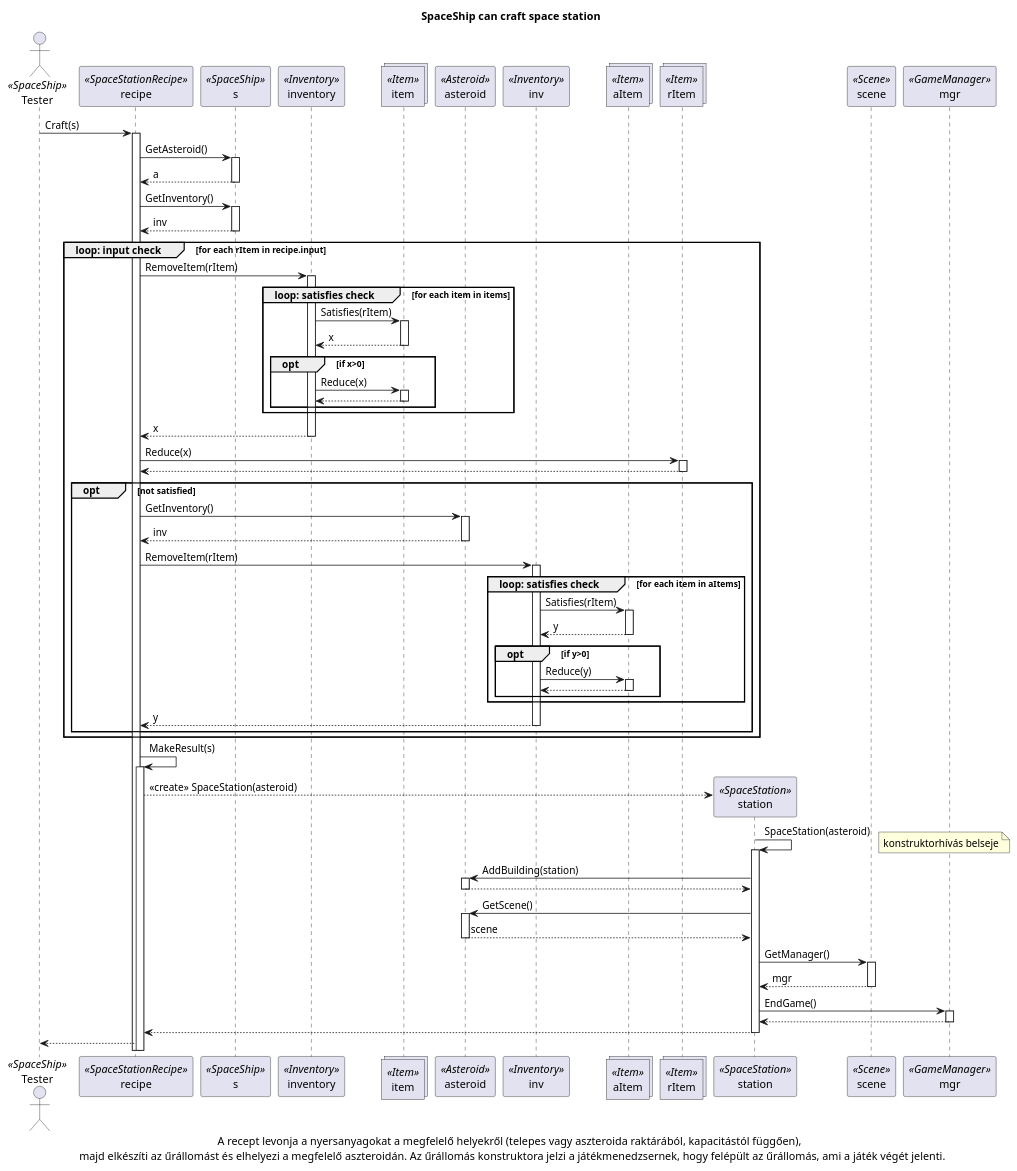
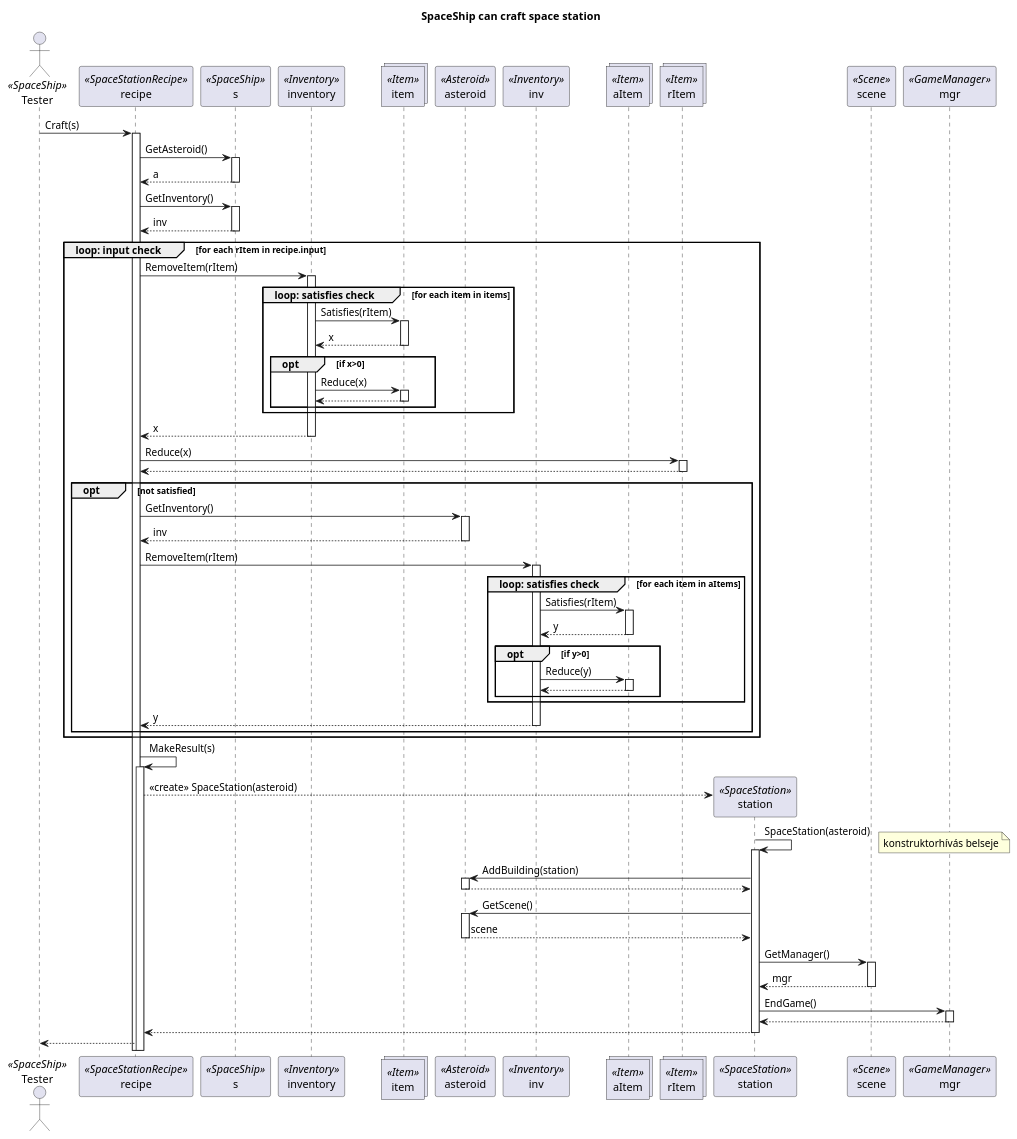
Before and after one commit to viseguard-studios/Documentation: the diagram in docs/Skeleton/diagrams/Craft_space_station/sequence/3.Craft_station.puml, drawn with PlantUML. The commit also changed 14 other files, not shown here.

Commit message:
update uml

```diff
--- a/docs/Skeleton/diagrams/Craft_space_station/sequence/3.Craft_station.puml
+++ b/docs/Skeleton/diagrams/Craft_space_station/sequence/3.Craft_station.puml
@@ -1,90 +1,89 @@
 @startuml
 actor Tester as Tester<<SpaceShip>>
 participant recipe as recipe <<SpaceStationRecipe>>
 participant s as s <<SpaceShip>>
 participant inventory as inventory <<Inventory>>
 collections item as item <<Item>>
 participant asteroid as asteroid <<Asteroid>>
 participant inv as inv <<Inventory>>
 collections aItem as aItem <<Item>>
 collections rItem as rItem <<Item>>
 participant station as station <<SpaceStation>>
 participant scene as scene <<Scene>>
 participant mgr as mgr <<GameManager>>
 
 
 title SpaceShip can craft space station
 
 Tester-> recipe++: Craft(s)
 
 recipe -> s++: GetAsteroid()
 s --> recipe--: a
 
 recipe -> s++: GetInventory()
 s --> recipe--: inv
 
 group loop: input check[for each rItem in recipe.input]
 
     recipe -> inventory++: RemoveItem(rItem)
 
     group loop: satisfies check [for each item in items] 
          inventory -> item++: Satisfies(rItem)
          item --> inventory--: x
         group opt [if x>0]
             inventory -> item++: Reduce(x)
             item --> inventory--:
         end
     end
 
     inventory-->recipe--: x
 
     recipe -> rItem++: Reduce(x)
     rItem --> recipe--: 
 
     group opt [not satisfied]
         recipe -> asteroid++: GetInventory()
         asteroid --> recipe--: inv
 
         recipe -> inv++: RemoveItem(rItem)
 
             group loop: satisfies check [for each item in aItems] 
                  inv -> aItem++: Satisfies(rItem)
                  aItem --> inv--: y
                 group opt [if y>0]
                       inv -> aItem++: Reduce(y)
                       aItem --> inv--:
                  end
            end
         inv--> recipe--: y
     end
 end
 recipe -> recipe++: MakeResult(s)
 
 create station
 recipe --> station: <<create>> SpaceStation(asteroid)
 station -> station++:  SpaceStation(asteroid)
 
 note right
 konstruktorhívás belseje
 end note
 
 station -> asteroid++: AddBuilding(station)
 asteroid --> station--: 
 
 station -> asteroid++: GetScene()
 asteroid --> station--: scene
 
 station -> scene++: GetManager()
 scene --> station--: mgr
 
 station -> mgr++: EndGame()
 mgr --> station--: 
 
 station-->recipe--:
 
 
 recipe --> Tester: 
 
-caption A recept levonja a nyersanyagokat a megfelelő helyekről (telepes vagy aszteroida raktárából, kapacitástól függően), \n majd elkészíti az űrállomást és elhelyezi a megfelelő aszteroidán. Az űrállomás konstruktora jelzi a játékmenedzsernek, hogy felépült az űrállomás, ami a játék végét jelenti. 
 
 @enduml
```
